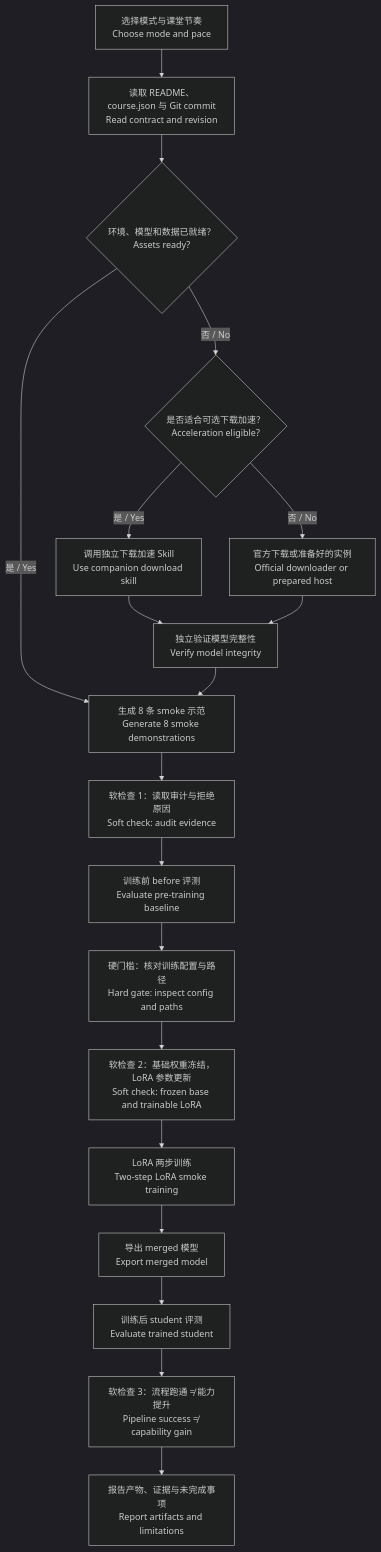
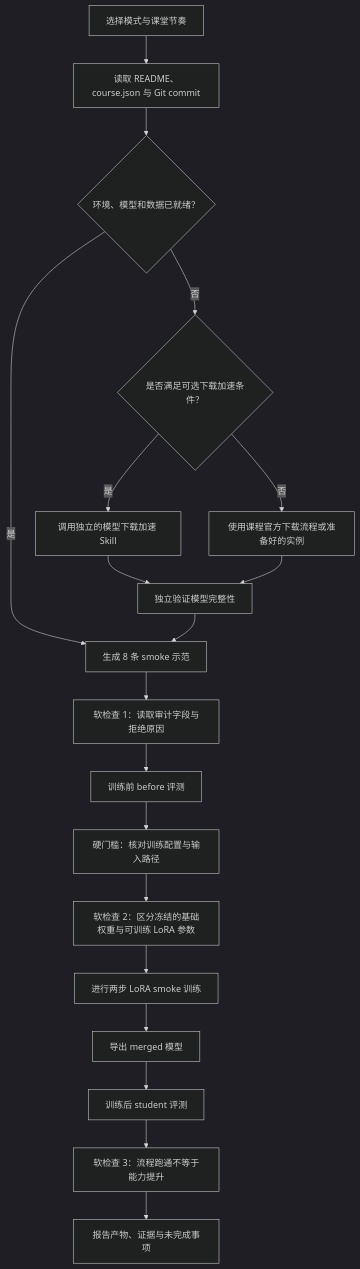
One commit to Beirana/distillation-lab-coach changed the diagram in README.md. Above: the diagram before and after it, drawn with Mermaid (dark theme). The commit also changed other lines of this file and 8 other files, not shown here.

````diff
--- a/README.md
+++ b/README.md
@@ -34,21 +32,21 @@
 ```mermaid
 flowchart TD
-    A[选择模式与课堂节奏<br/>Choose mode and pace] --> B[读取 README、course.json 与 Git commit<br/>Read contract and revision]
-    B --> C{环境、模型和数据已就绪？<br/>Assets ready?}
-    C -- 是 / Yes --> D[生成 8 条 smoke 示范<br/>Generate 8 smoke demonstrations]
-    C -- 否 / No --> X{是否适合可选下载加速？<br/>Acceleration eligible?}
-    X -- 是 / Yes --> Y[调用独立下载加速 Skill<br/>Use companion download skill]
-    X -- 否 / No --> Z[官方下载或准备好的实例<br/>Official downloader or prepared host]
-    Y --> V[独立验证模型完整性<br/>Verify model integrity]
+    A[选择模式与课堂节奏] --> B[读取 README、course.json 与 Git commit]
+    B --> C{环境、模型和数据已就绪？}
+    C -- 是 --> D[生成 8 条 smoke 示范]
+    C -- 否 --> X{是否满足可选下载加速条件？}
+    X -- 是 --> Y[调用独立的模型下载加速 Skill]
+    X -- 否 --> Z[使用课程官方下载流程或准备好的实例]
+    Y --> V[独立验证模型完整性]
     Z --> V
     V --> D
-    D --> E[软检查 1：读取审计与拒绝原因<br/>Soft check: audit evidence]
-    E --> F[训练前 before 评测<br/>Evaluate pre-training baseline]
-    F --> G[硬门槛：核对训练配置与路径<br/>Hard gate: inspect config and paths]
-    G --> G2[软检查 2：基础权重冻结，LoRA 参数更新<br/>Soft check: frozen base and trainable LoRA]
-    G2 --> H[LoRA 两步训练<br/>Two-step LoRA smoke training]
-    H --> I[导出 merged 模型<br/>Export merged model]
-    I --> J[训练后 student 评测<br/>Evaluate trained student]
-    J --> K[软检查 3：流程跑通 ≠ 能力提升<br/>Pipeline success ≠ capability gain]
-    K --> L[报告产物、证据与未完成事项<br/>Report artifacts and limitations]
+    D --> E[软检查 1：读取审计字段与拒绝原因]
+    E --> F[训练前 before 评测]
+    F --> G[硬门槛：核对训练配置与输入路径]
+    G --> G2[软检查 2：区分冻结的基础权重与可训练 LoRA 参数]
+    G2 --> H[进行两步 LoRA smoke 训练]
+    H --> I[导出 merged 模型]
+    I --> J[训练后 student 评测]
+    J --> K[软检查 3：流程跑通不等于能力提升]
+    K --> L[报告产物、证据与未完成事项]
 ```
````
